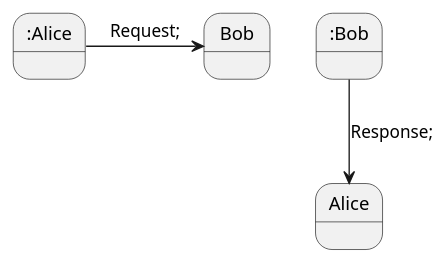
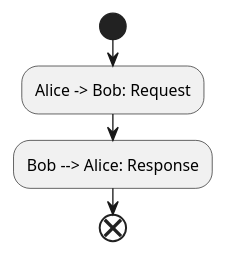
One commit to Aso2001171/2021sys-design changed the diagram in test.md. Above: the diagram before and after it, drawn with PlantUML.

```diff
--- a/test.md
+++ b/test.md
@@ -2,4 +2,6 @@
 @startuml
+start
 :Alice -> Bob: Request;
 :Bob --> Alice: Response;
+end
 @enduml
```
